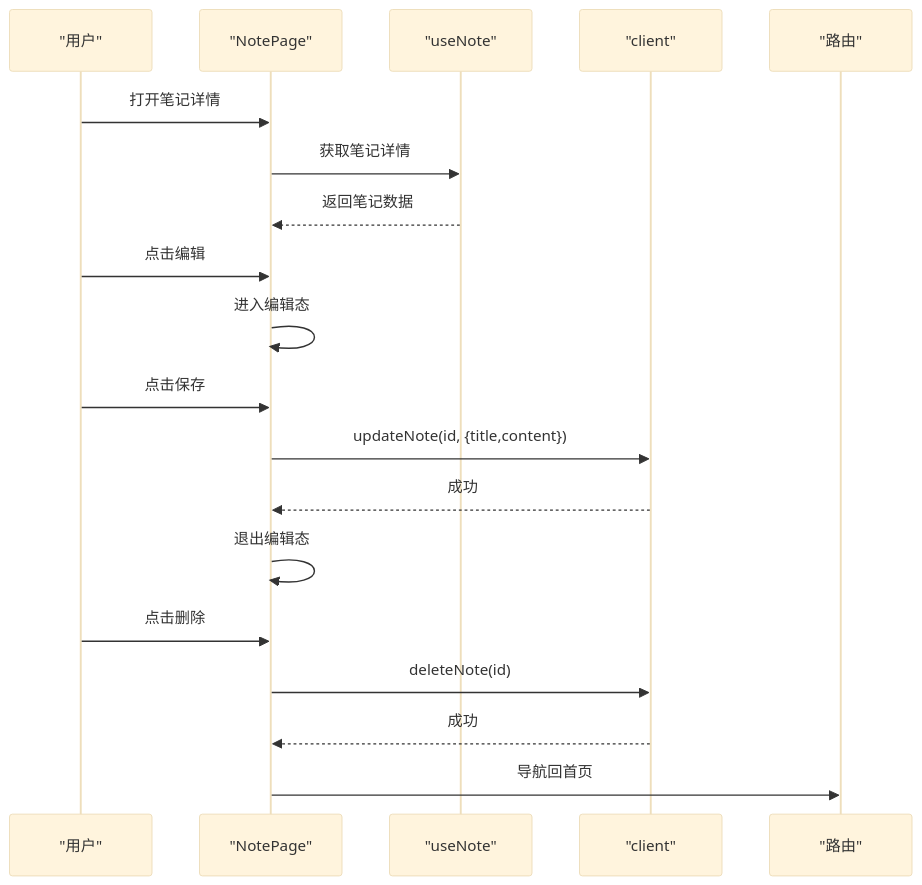
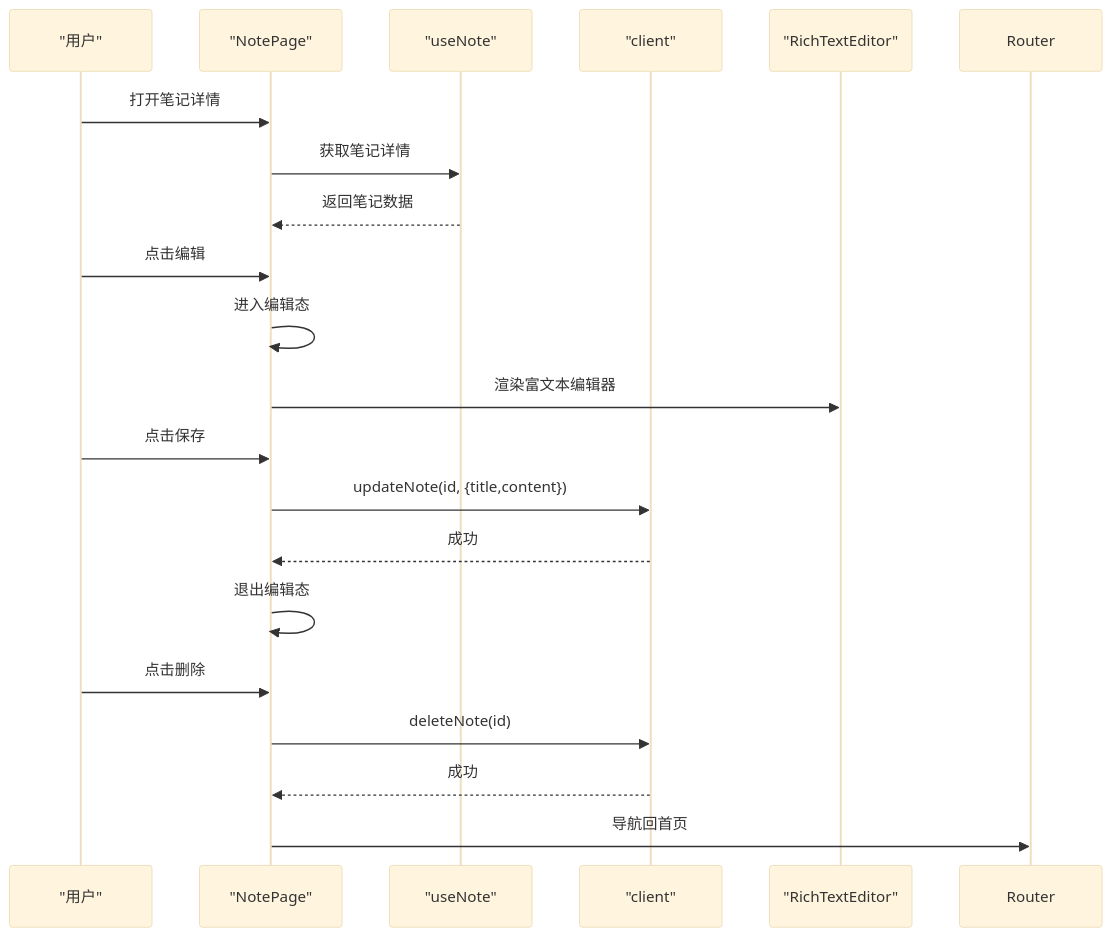
One commit to acproject/tomato_notebook changed the fifth of 10 diagrams in .qoder/repowiki/zh/content/Web前端应用/Web前端应用.md. Above: the diagram before and after it, drawn with Mermaid (base theme). The commit also changed other lines of this file and 14 other files, not shown here.

````diff
--- a/.qoder/repowiki/zh/content/Web前端应用/Web前端应用.md
+++ b/.qoder/repowiki/zh/content/Web前端应用/Web前端应用.md
@@ -262,21 +287,22 @@
 ```mermaid
 sequenceDiagram
 participant User as "用户"
 participant Page as "NotePage"
 participant Hook as "useNote"
 participant API as "client"
-participant Router as "路由"
+participant Editor as "RichTextEditor"
 User->>Page : 打开笔记详情
 Page->>Hook : 获取笔记详情
 Hook-->>Page : 返回笔记数据
 User->>Page : 点击编辑
 Page->>Page : 进入编辑态
+Page->>Editor : 渲染富文本编辑器
 User->>Page : 点击保存
 Page->>API : updateNote(id, {title,content})
 API-->>Page : 成功
 Page->>Page : 退出编辑态
 User->>Page : 点击删除
 Page->>API : deleteNote(id)
 API-->>Page : 成功
 Page->>Router : 导航回首页
 ```
````
